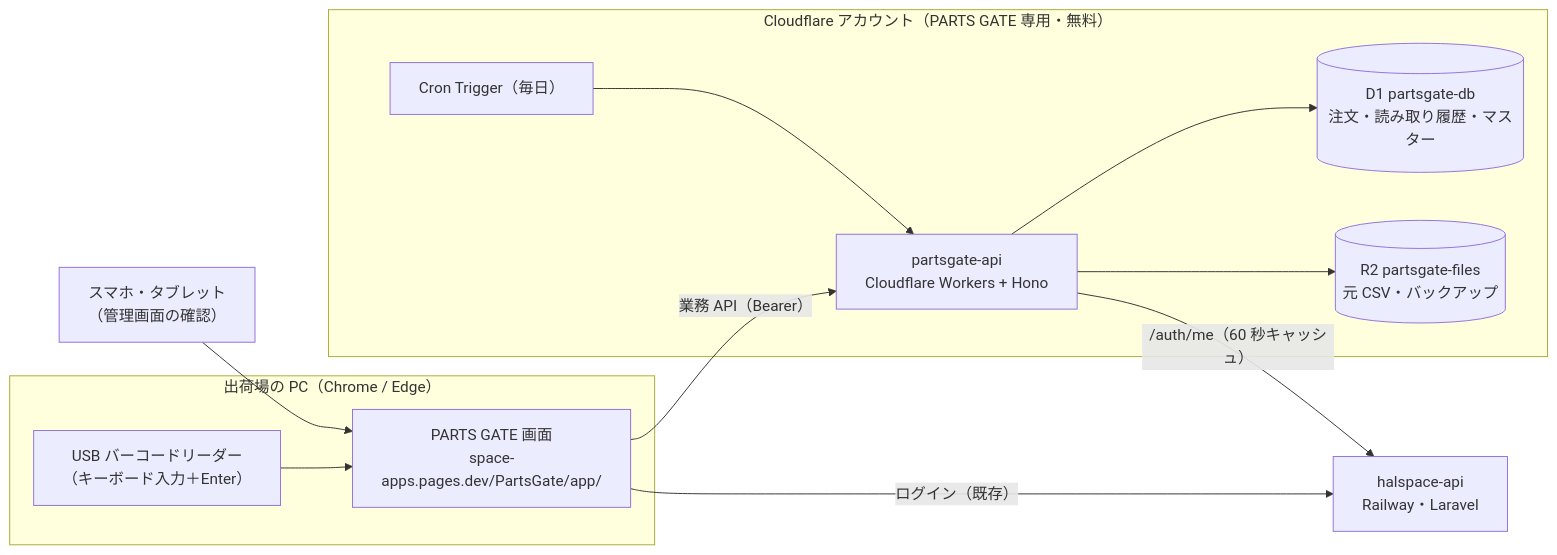
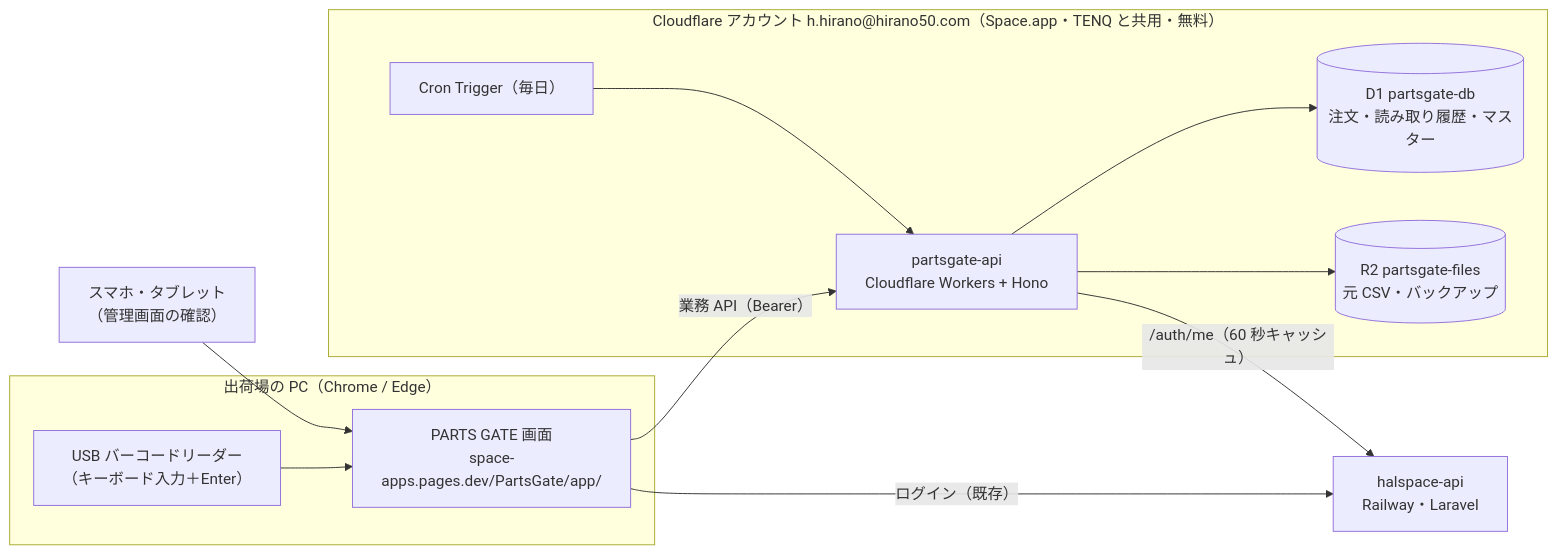
The diagram in PartsGate/docs/architecture.md (hirano-creator/halspace-front), drawn with Mermaid before and after one commit. The commit also changed other lines of this file and 5 other files, not shown here.

First line of the commit message:
docs(partsgate): Cloudflare アカウントを h.hirano@hirano50.com（Space.app・TENQ と共用）に決定

````diff
--- a/PartsGate/docs/architecture.md
+++ b/PartsGate/docs/architecture.md
@@ -19,19 +19,19 @@
 ```mermaid
 flowchart LR
   subgraph PC["出荷場の PC（Chrome / Edge）"]
     R["USB バーコードリーダー<br/>（キーボード入力＋Enter）"] --> B["PARTS GATE 画面<br/>space-apps.pages.dev/PartsGate/app/"]
   end
   M["スマホ・タブレット<br/>（管理画面の確認）"] --> B
   B -- "ログイン（既存）" --> HS["halspace-api<br/>Railway・Laravel"]
   B -- "業務 API（Bearer）" --> W["partsgate-api<br/>Cloudflare Workers + Hono"]
   W -- "/auth/me（60 秒キャッシュ）" --> HS
   W --> D1[("D1 partsgate-db<br/>注文・読み取り履歴・マスター")]
   W --> R2[("R2 partsgate-files<br/>元 CSV・バックアップ")]
   CR["Cron Trigger（毎日）"] --> W
-  subgraph CF2["Cloudflare アカウント（PARTS GATE 専用・無料）"]
+  subgraph CF2["Cloudflare アカウント h.hirano@hirano50.com（Space.app・TENQ と共用・無料）"]
     W
     D1
     R2
     CR
   end
 ```
````
